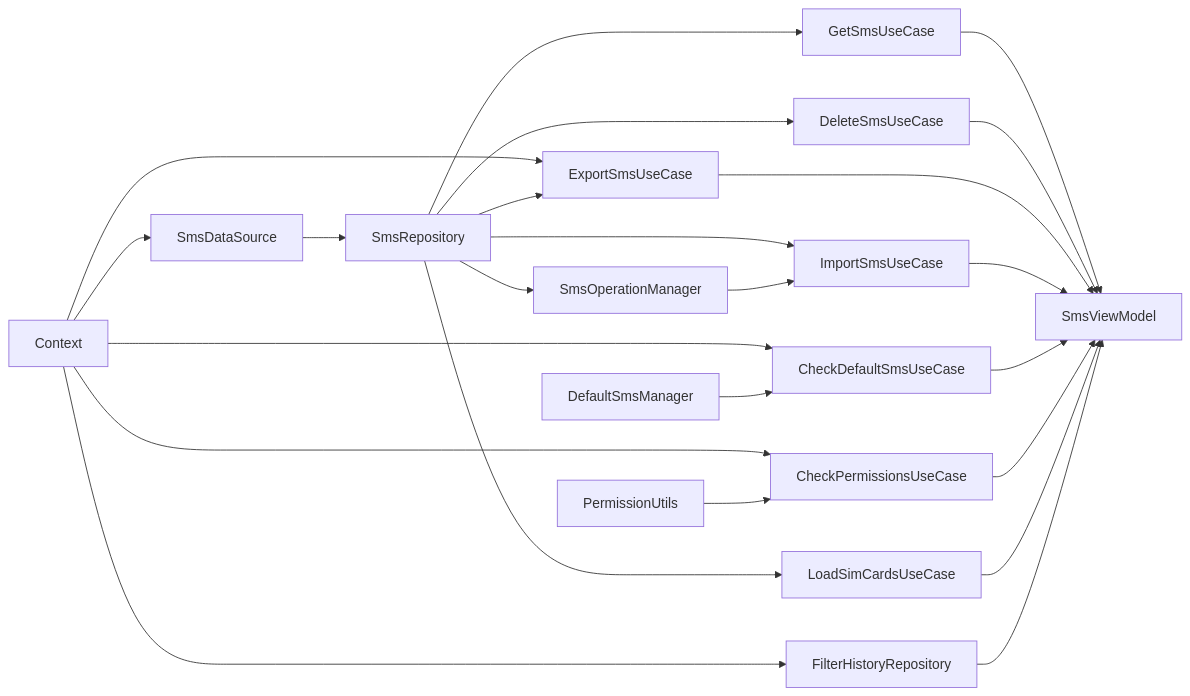
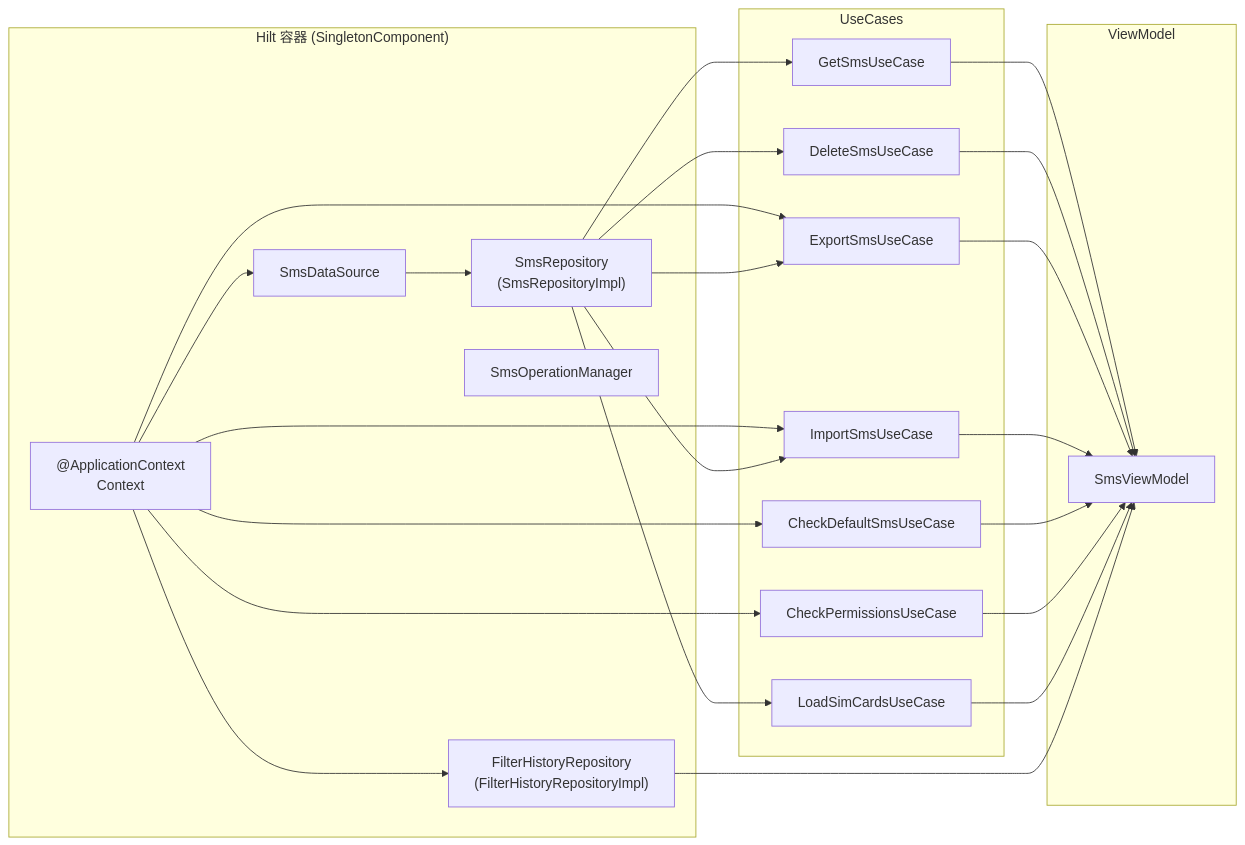
Before and after one commit to yuameshi/sms-cleaner: the fifth of 5 diagrams in docs/ARCHITECTURE.md, drawn with Mermaid. The commit also changed other lines of this file and 10 other files, not shown here.

````diff
--- a/docs/ARCHITECTURE.md
+++ b/docs/ARCHITECTURE.md
@@ -245,30 +461,47 @@
 ```mermaid
 graph LR
-    Context[Context] --> SmsDataSource
-    Context --> FilterHistoryRepository
-    Context --> CheckDefaultSmsUseCase
-    Context --> CheckPermissionsUseCase
-    Context --> ExportSmsUseCase
-    
-    SmsDataSource --> SmsRepository
-    SmsRepository --> SmsOperationManager
-    SmsRepository --> GetSmsUseCase
-    SmsRepository --> DeleteSmsUseCase
-    SmsRepository --> ExportSmsUseCase
-    SmsRepository --> ImportSmsUseCase
-    SmsRepository --> LoadSimCardsUseCase
-    
-    SmsOperationManager --> ImportSmsUseCase
-    
-    GetSmsUseCase --> SmsViewModel
-    DeleteSmsUseCase --> SmsViewModel
-    ExportSmsUseCase --> SmsViewModel
-    ImportSmsUseCase --> SmsViewModel
-    CheckDefaultSmsUseCase --> SmsViewModel
-    CheckPermissionsUseCase --> SmsViewModel
-    LoadSimCardsUseCase --> SmsViewModel
-    FilterHistoryRepository --> SmsViewModel
-    
-    DefaultSmsManager --> CheckDefaultSmsUseCase
-    PermissionUtils --> CheckPermissionsUseCase
+    subgraph Hilt["Hilt 容器 (SingletonComponent)"]
+        Context["@ApplicationContext<br/>Context"]
+        SmsRepo["SmsRepository<br/>(SmsRepositoryImpl)"]
+        FilterRepo["FilterHistoryRepository<br/>(FilterHistoryRepositoryImpl)"]
+        SmsDS["SmsDataSource"]
+        SmsOpMgr["SmsOperationManager"]
+    end
+
+    subgraph UseCases["UseCases"]
+        GetSms["GetSmsUseCase"]
+        DeleteSms["DeleteSmsUseCase"]
+        ExportSms["ExportSmsUseCase"]
+        ImportSms["ImportSmsUseCase"]
+        CheckDefault["CheckDefaultSmsUseCase"]
+        CheckPerm["CheckPermissionsUseCase"]
+        LoadSim["LoadSimCardsUseCase"]
+    end
+
+    subgraph VM["ViewModel"]
+        SmsViewModel["SmsViewModel"]
+    end
+
+    Context --> SmsDS
+    Context --> FilterRepo
+    Context --> CheckDefault
+    Context --> CheckPerm
+    Context --> ExportSms
+    Context --> ImportSms
+
+    SmsDS --> SmsRepo
+    SmsRepo --> GetSms
+    SmsRepo --> DeleteSms
+    SmsRepo --> ExportSms
+    SmsRepo --> ImportSms
+    SmsRepo --> LoadSim
+
+    GetSms --> SmsViewModel
+    DeleteSms --> SmsViewModel
+    ExportSms --> SmsViewModel
+    ImportSms --> SmsViewModel
+    CheckDefault --> SmsViewModel
+    CheckPerm --> SmsViewModel
+    LoadSim --> SmsViewModel
+    FilterRepo --> SmsViewModel
 ```
````
